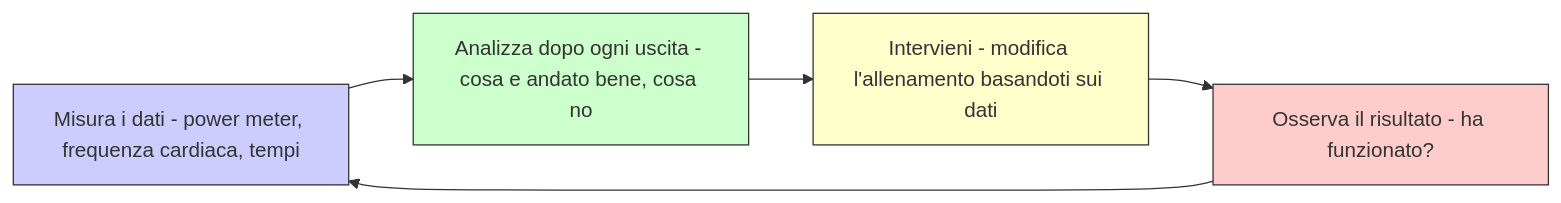
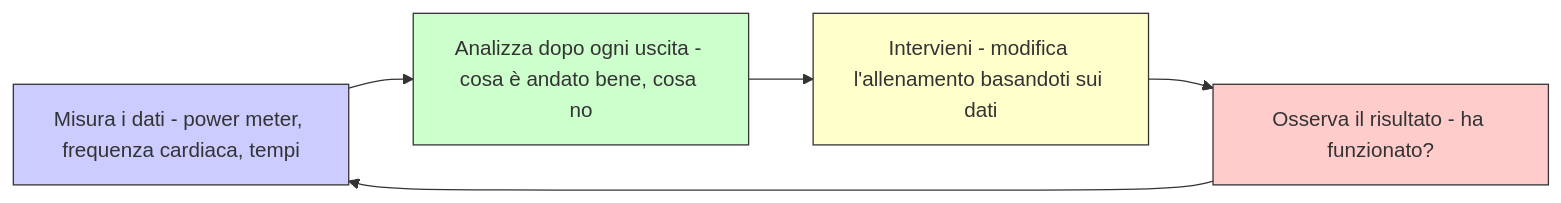
Before and after one commit to AndreyBertasini/gynnitech: the diagram in src/content/blog/dati-sport-ciclismo.mdx, drawn with Mermaid. The commit also changed other lines of this file and 77 other files, not shown here.

````diff
--- a/src/content/blog/dati-sport-ciclismo.mdx
+++ b/src/content/blog/dati-sport-ciclismo.mdx
@@ -127,12 +127,12 @@
 ```mermaid
 graph LR
-    A["Misura i dati - power meter, frequenza cardiaca, tempi"] --> B["Analizza dopo ogni uscita - cosa e andato bene, cosa no"]
+    A["Misura i dati - power meter, frequenza cardiaca, tempi"] --> B["Analizza dopo ogni uscita - cosa è andato bene, cosa no"]
     B --> C["Intervieni - modifica l'allenamento basandoti sui dati"]
     C --> D["Osserva il risultato - ha funzionato?"]
     D --> A
 
     style A fill:#ccccff,stroke:#333
     style B fill:#ccffcc,stroke:#333
     style C fill:#ffffcc,stroke:#333
     style D fill:#ffcccc,stroke:#333
 ```
````
